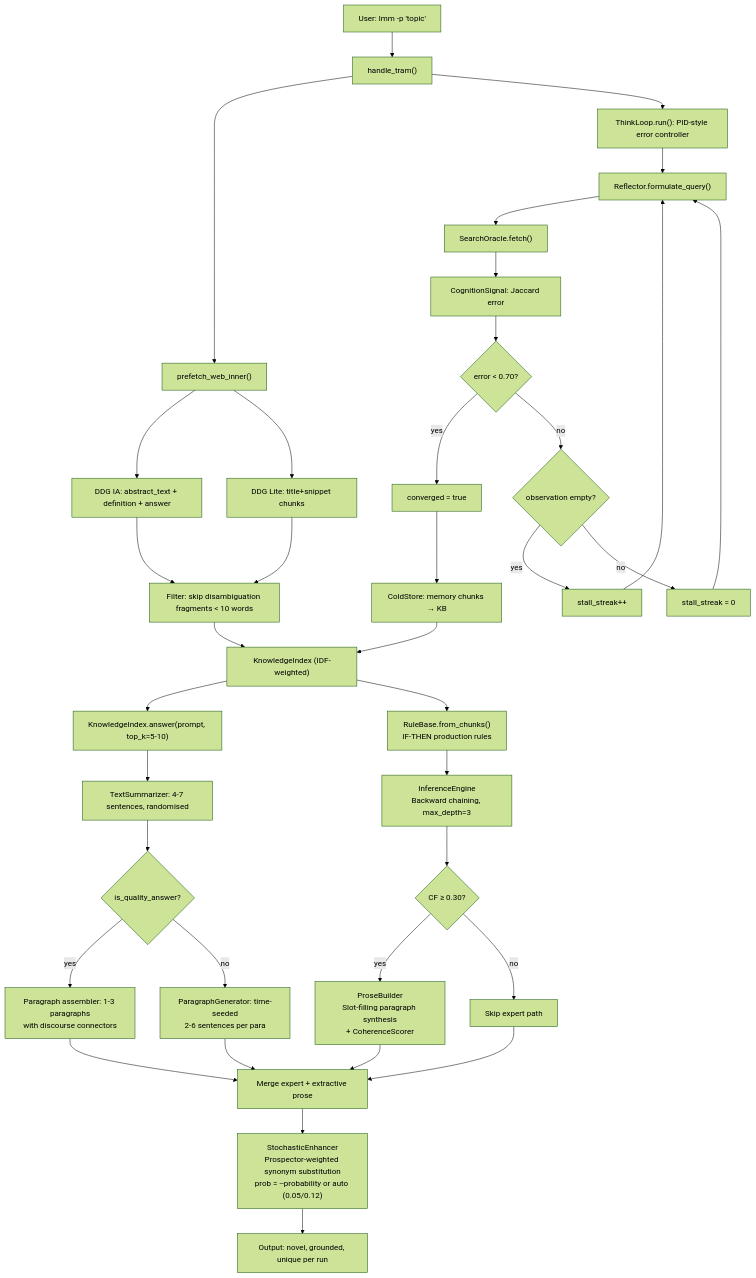
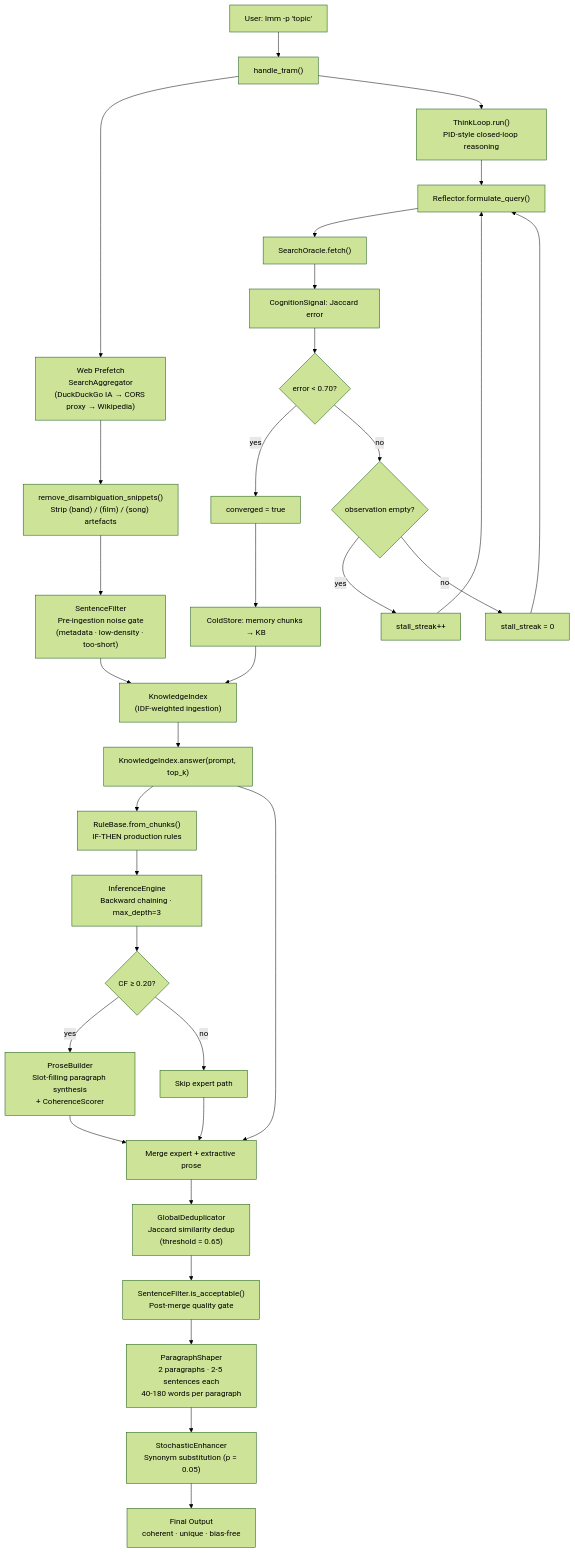
The diagram in README.md (wiseaidotdev/lmm), drawn with Mermaid (forest theme) before and after one commit. The commit also changed other lines of this file and 43 other files, not shown here.

Commit message:
feat: improve text gen with dedup, filter, shaper layers. (#53)

````diff
--- a/README.md
+++ b/README.md
@@ -78,43 +79,38 @@
 ```mermaid
 flowchart TD
     A["User: lmm -p 'topic'"] --> B["handle_tram()"]
-    B --> B1["prefetch_web_inner()"]
-    B1 --> B1a["DDG IA: abstract_text + definition + answer"]
-    B1 --> B1b["DDG Lite: title+snippet chunks"]
-    B1a & B1b --> B1c["Filter: skip disambiguation fragments < 10 words"]
-    B1c --> IDX["KnowledgeIndex (IDF-weighted)"]
+    B --> WEB["Web Prefetch\nSearchAggregator\n(DuckDuckGo IA → CORS proxy → Wikipedia)"]
+    WEB --> DEAMB["remove_disambiguation_snippets()\nStrip (band) / (film) / (song) artefacts"]
+    DEAMB --> SFILT["SentenceFilter\nPre-ingestion noise gate\n(metadata · low-density · too-short)"]
+    SFILT --> IDX["KnowledgeIndex\n(IDF-weighted ingestion)"]
 
-    B --> TL["ThinkLoop.run(): PID-style error controller"]
+    B --> TL["ThinkLoop.run()\nPID-style closed-loop reasoning"]
     TL --> TL1["Reflector.formulate_query()"]
     TL1 --> TL2["SearchOracle.fetch()"]
     TL2 --> TL3["CognitionSignal: Jaccard error"]
     TL3 --> TL4{"error < 0.70?"}
     TL4 -- yes --> TL5["converged = true"]
     TL4 -- no --> TL6{"observation empty?"}
     TL6 -- yes --> TL7["stall_streak++"]
     TL6 -- no --> TL8["stall_streak = 0"]
     TL7 & TL8 --> TL1
-
     TL5 --> COLD["ColdStore: memory chunks → KB"]
     COLD --> IDX
 
-    IDX --> KA["KnowledgeIndex.answer(prompt, top_k=5-10)"]
-    KA --> SUM["TextSummarizer: 4-7 sentences, randomised"]
-    SUM --> QUAL{"is_quality_answer?"}
-    QUAL -- yes --> PARA["Paragraph assembler: 1-3 paragraphs\nwith discourse connectors"]
-    QUAL -- no --> SYM["ParagraphGenerator: time-seeded\n2-6 sentences per para"]
-
-    IDX --> RULES["RuleBase.from_chunks()\nIF-THEN production rules"]
-    RULES --> INFER["InferenceEngine\nBackward chaining, max_depth=3"]
-    INFER --> CF{"CF ≥ 0.30?"}
+    IDX --> KA["KnowledgeIndex.answer(prompt, top_k)"]
+    KA --> RULES["RuleBase.from_chunks()\nIF-THEN production rules"]
+    RULES --> INFER["InferenceEngine\nBackward chaining · max_depth=3"]
+    INFER --> CF{"CF ≥ 0.20?"}
     CF -- yes --> PROSE["ProseBuilder\nSlot-filling paragraph synthesis\n+ CoherenceScorer"]
     CF -- no --> PROSE_SKIP["Skip expert path"]
 
-    PARA --> MRG["Merge expert + extractive prose"]
-    SYM --> MRG
+    KA --> MRG["Merge expert + extractive prose"]
     PROSE --> MRG
     PROSE_SKIP --> MRG
 
-    MRG --> STOCH["StochasticEnhancer\nProspector-weighted synonym substitution\nprob = --probability or auto (0.05/0.12)"]
-    STOCH --> OUT["Output: novel, grounded, unique per run"]
+    MRG --> DEDUP["GlobalDeduplicator\nJaccard similarity dedup\n(threshold = 0.65)"]
+    DEDUP --> SFILT2["SentenceFilter.is_acceptable()\nPost-merge quality gate"]
+    SFILT2 --> SHAPER["ParagraphShaper\n2 paragraphs · 2-5 sentences each\n40-180 words per paragraph"]
+    SHAPER --> STOCH["StochasticEnhancer\nSynonym substitution (p = 0.05)"]
+    STOCH --> OUT["Final Output\ncoherent · unique · bias-free"]
 ```
````
